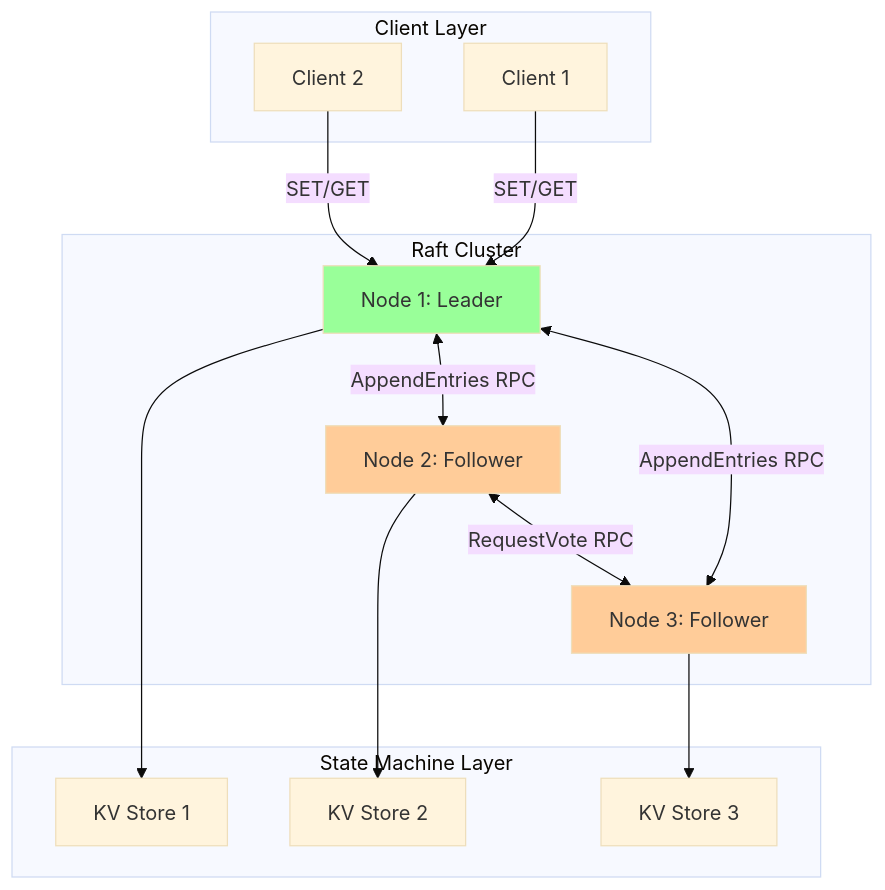
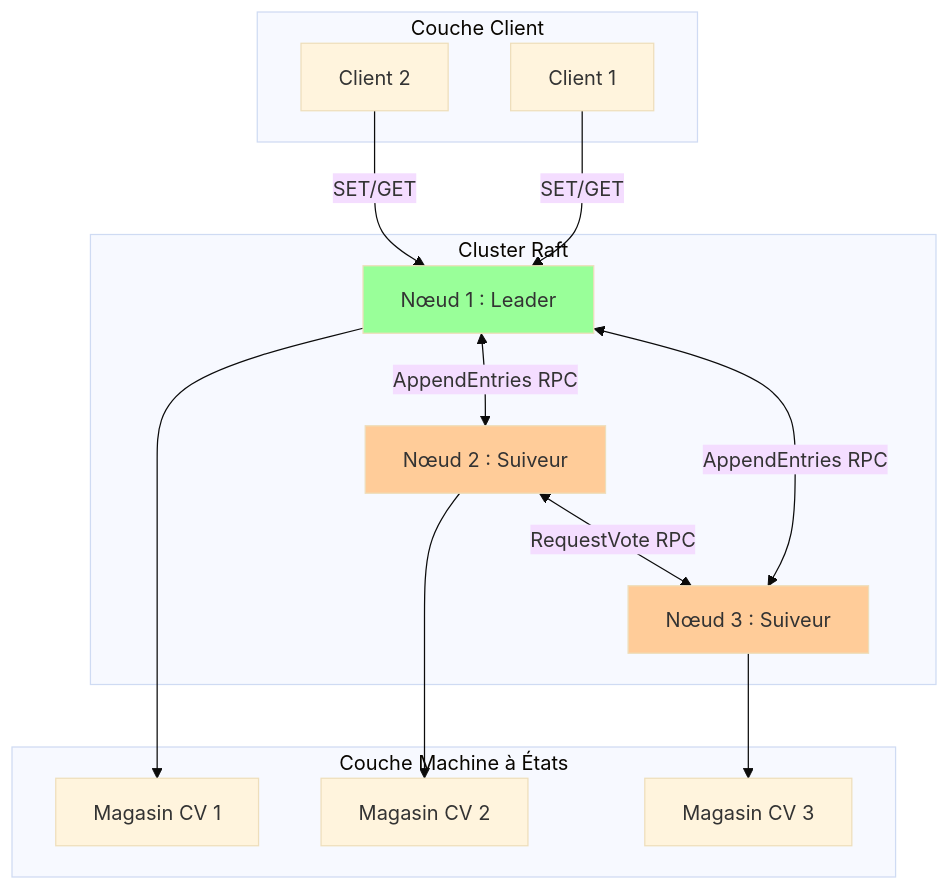
The diagram in src/consensus/15-consensus-system.md (dardourimohamed/distributed-systems-course), drawn with Mermaid (base theme) before and after one commit. The commit also changed other lines of this file and 38 other files, not shown here.

````diff
--- a/src/consensus/15-consensus-system.md
+++ b/src/consensus/15-consensus-system.md
@@ -44,34 +44,34 @@
 ```mermaid
 graph TB
-    subgraph "Client Layer"
+    subgraph "Couche Client"
         C1[Client 1]
         C2[Client 2]
     end
 
-    subgraph "Raft Cluster"
-        N1[Node 1: Leader]
-        N2[Node 2: Follower]
-        N3[Node 3: Follower]
+    subgraph "Cluster Raft"
+        N1[Nœud 1 : Leader]
+        N2[Nœud 2 : Suiveur]
+        N3[Nœud 3 : Suiveur]
     end
 
-    subgraph "State Machine Layer"
-        SM1[KV Store 1]
-        SM2[KV Store 2]
-        SM3[KV Store 3]
+    subgraph "Couche Machine à États"
+        SM1[Magasin CV 1]
+        SM2[Magasin CV 2]
+        SM3[Magasin CV 3]
     end
 
     C1 -->|SET/GET| N1
     C2 -->|SET/GET| N1
 
     N1 <-->|AppendEntries RPC| N2
     N1 <-->|AppendEntries RPC| N3
     N2 <-->|RequestVote RPC| N3
 
     N1 --> SM1
     N2 --> SM2
     N3 --> SM3
 
     style N1 fill:#9f9
     style N2 fill:#fc9
     style N3 fill:#fc9
 ```
````
